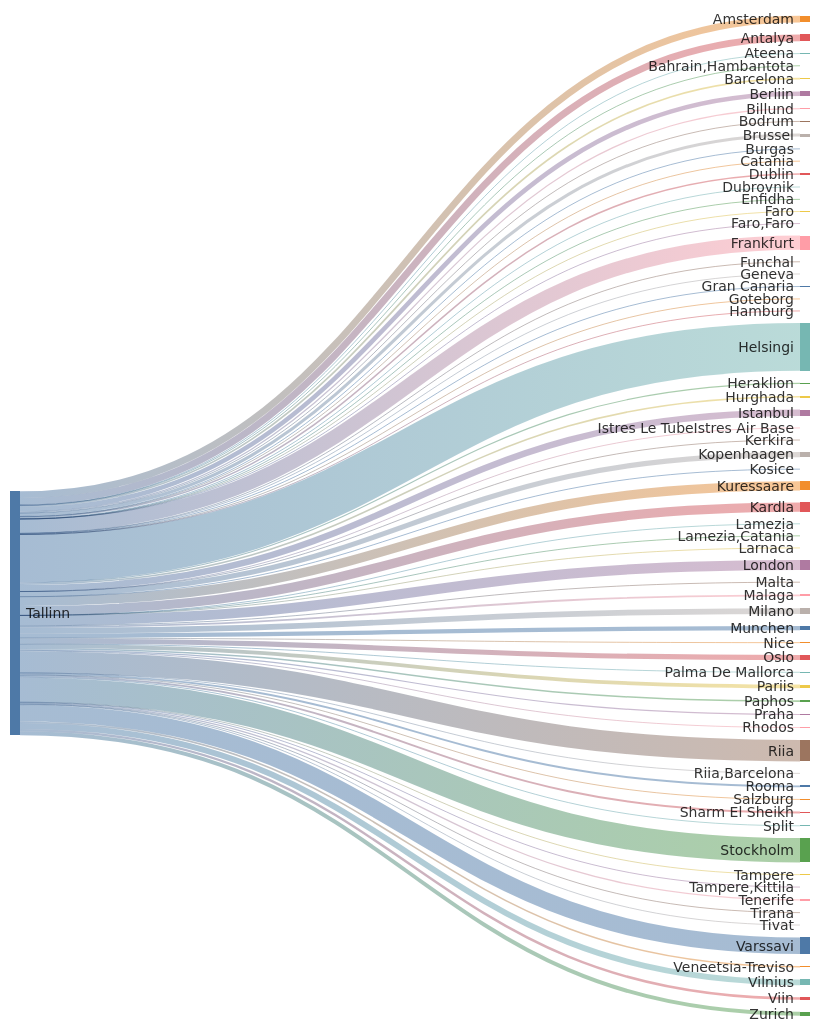
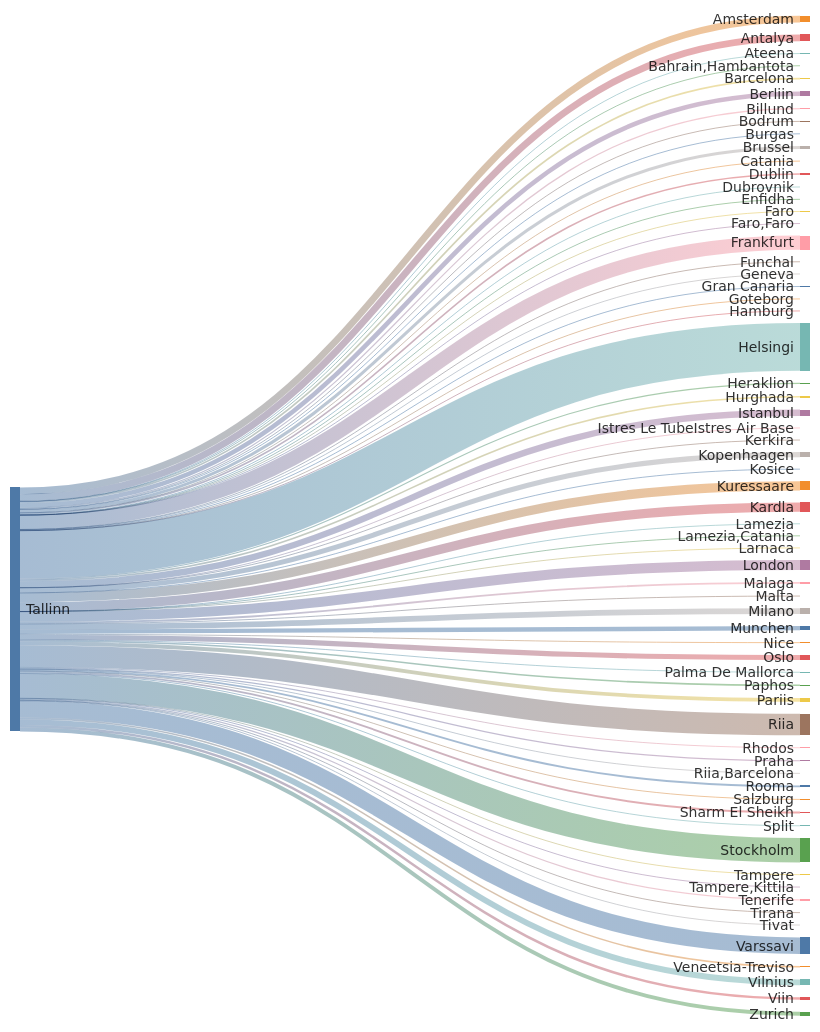
One commit to rainermesi/tll-airport-departures changed the second of 2 diagrams in README.md. Above: the diagram before and after it, drawn with Mermaid. The commit also changed other lines of this file, not shown here.

````diff
--- a/README.md
+++ b/README.md
@@ -34,77 +34,77 @@
 ```mermaid
 ---
 config:
   sankey:
     showValues: false
     width: 800
     height: 1000
 ---
 sankey-beta
 %% source,target,value
-Tallinn,Amsterdam,271
+Tallinn,Amsterdam,272
 Tallinn,Antalya,275
 Tallinn,Ateena,16
 Tallinn,"Bahrain,Hambantota",1
 Tallinn,Barcelona,68
-Tallinn,Berliin,184
+Tallinn,Berliin,185
 Tallinn,Billund,49
 Tallinn,Bodrum,11
 Tallinn,Brussel,122
 Tallinn,Burgas,21
 Tallinn,Catania,2
-Tallinn,Dublin,62
+Tallinn,Dublin,63
 Tallinn,Dubrovnik,21
 Tallinn,Enfidha,7
 Tallinn,Faro,4
 Tallinn,"Faro,Faro",1
-Tallinn,Frankfurt,567
+Tallinn,Frankfurt,569
 Tallinn,Funchal,5
-Tallinn,Geneva,10
+Tallinn,Geneva,11
 Tallinn,Gran Canaria,33
 Tallinn,Goteborg,1
 Tallinn,Hamburg,1
-Tallinn,Helsingi,1918
+Tallinn,Helsingi,1924
 Tallinn,Heraklion,46
-Tallinn,Hurghada,62
-Tallinn,Istanbul,255
+Tallinn,Hurghada,64
+Tallinn,Istanbul,256
 Tallinn,Istres Le TubeIstres Air Base,2
 Tallinn,Kerkira,4
 Tallinn,Kopenhaagen,203
 Tallinn,Kosice,1
-Tallinn,Kuressaare,373
-Tallinn,Kardla,373
+Tallinn,Kuressaare,374
+Tallinn,Kardla,374
 Tallinn,Lamezia,1
 Tallinn,"Lamezia,Catania",3
 Tallinn,Larnaca,4
-Tallinn,London,401
+Tallinn,London,403
 Tallinn,Malaga,75
 Tallinn,Malta,15
-Tallinn,Milano,228
-Tallinn,Munchen,176
+Tallinn,Milano,229
+Tallinn,Munchen,177
 Tallinn,Nice,25
 Tallinn,Oslo,204
 Tallinn,Palma De Mallorca,19
 Tallinn,Paphos,61
 Tallinn,Pariis,153
 Tallinn,Praha,49
 Tallinn,Rhodos,32
-Tallinn,Riia,860
+Tallinn,Riia,864
 Tallinn,"Riia,Barcelona",1
 Tallinn,Rooma,75
-Tallinn,Salzburg,11
+Tallinn,Salzburg,12
 Tallinn,Sharm El Sheikh,77
 Tallinn,Split,25
-Tallinn,Stockholm,975
+Tallinn,Stockholm,978
 Tallinn,Tampere,17
-Tallinn,"Tampere,Kittila",16
+Tallinn,"Tampere,Kittila",17
 Tallinn,Tenerife,51
 Tallinn,Tirana,8
 Tallinn,Tivat,26
-Tallinn,Varssavi,661
+Tallinn,Varssavi,664
 Tallinn,Veneetsia-Treviso,62
-Tallinn,Viin,98
+Tallinn,Viin,99
 Tallinn,Vilnius,236
-Tallinn,Zurich,157
+Tallinn,Zurich,158
 
 
 ```
````
